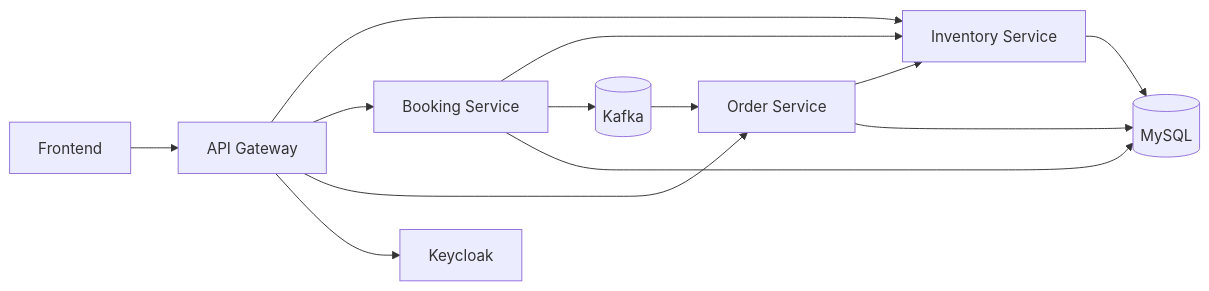
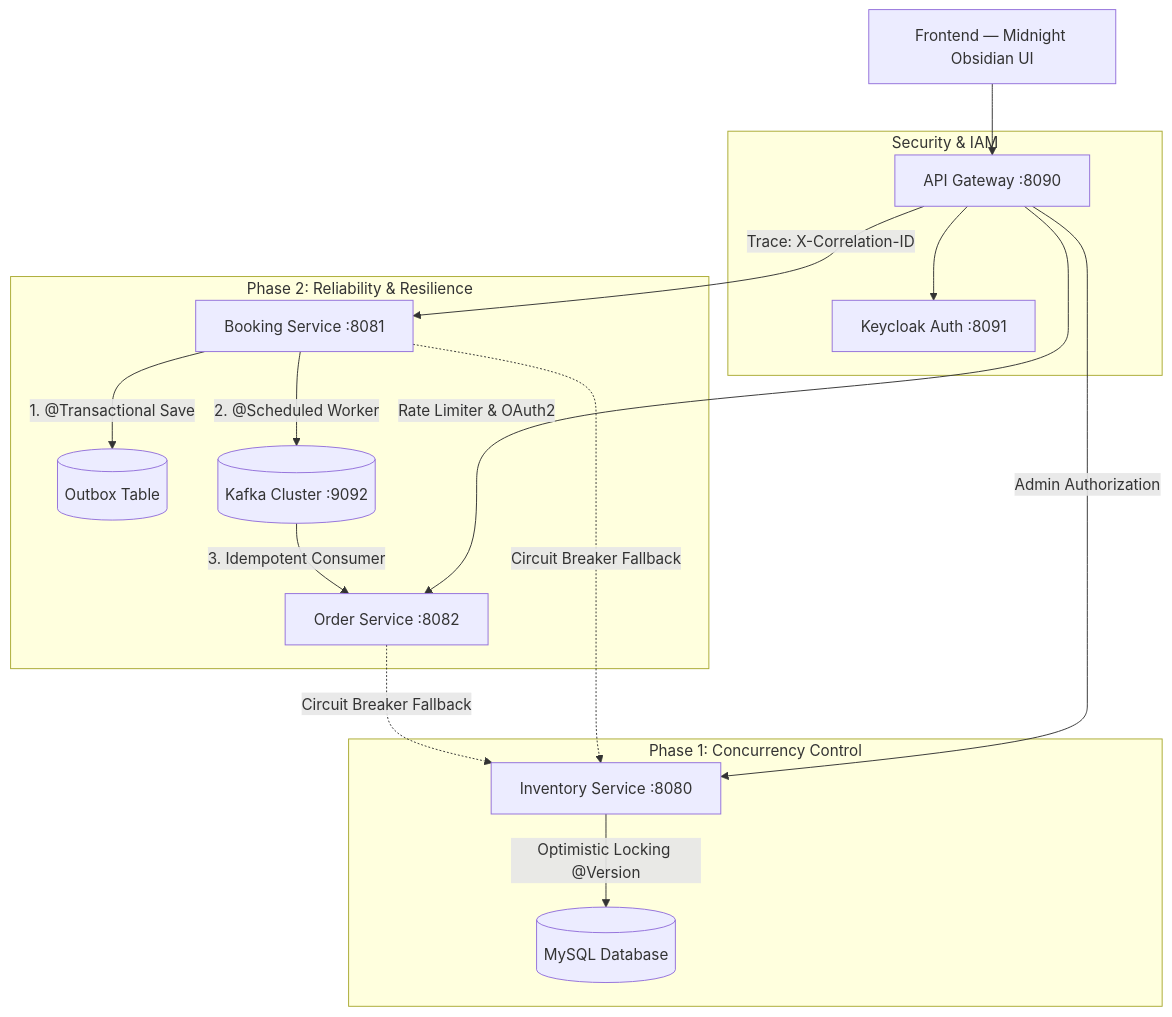
One commit to haidang31326/object-microservices changed the diagram in README.md. Above: the diagram before and after it, drawn with Mermaid. The commit also changed other lines of this file, not shown here.

Commit message:
docs: update README.md with full System Design Architecture, Enterprise Patterns, and Test instructions

````diff
--- a/README.md
+++ b/README.md
@@ -9,15 +16,23 @@
 ```mermaid
-flowchart LR
-    UI[Frontend] --> GW[API Gateway]
-    GW --> INV[Inventory Service]
-    GW --> BOOK[Booking Service]
-    GW --> ORD[Order Service]
-    BOOK --> INV
-    BOOK --> KAFKA[(Kafka)]
-    KAFKA --> ORD
-    ORD --> INV
-    INV --> DB[(MySQL)]
-    BOOK --> DB
-    ORD --> DB
-    GW --> KC[Keycloak]
+flowchart TD
+    UI[Frontend — Midnight Obsidian UI] --> GW[API Gateway :8090]
+    GW -->|Trace: X-Correlation-ID| BOOK[Booking Service :8081]
+    GW -->|Rate Limiter & OAuth2| ORD[Order Service :8082]
+    GW -->|Admin Authorization| INV[Inventory Service :8080]
+
+    subgraph Phase 1: Concurrency Control
+        INV -->|Optimistic Locking @Version| DB1[(MySQL Database)]
+    end
+
+    subgraph Phase 2: Reliability & Resilience
+        BOOK -->|1. @Transactional Save| OUTBOX[(Outbox Table)]
+        BOOK -->|2. @Scheduled Worker| KAFKA[(Kafka Cluster :9092)]
+        KAFKA -->|3. Idempotent Consumer| ORD
+        BOOK -.->|Circuit Breaker Fallback| INV
+        ORD -.->|Circuit Breaker Fallback| INV
+    end
+
+    subgraph Security & IAM
+        GW --> KC[Keycloak Auth :8091]
+    end
 ```
````
